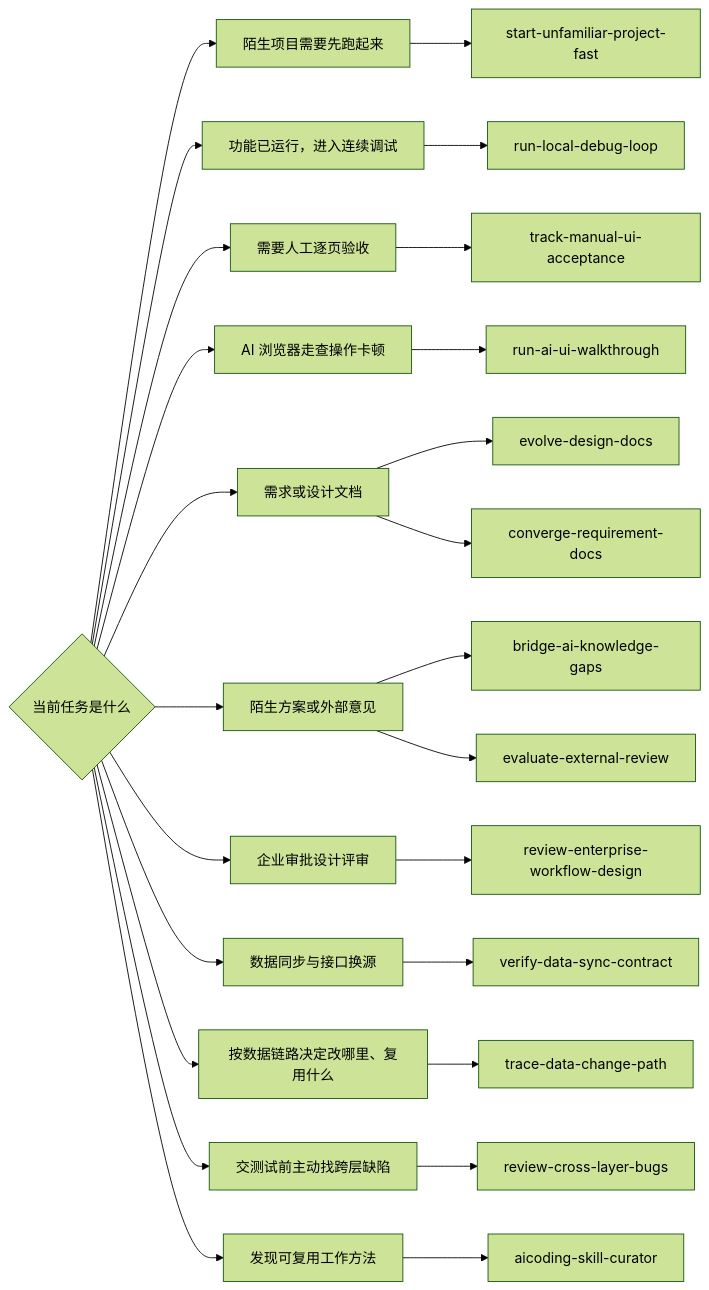
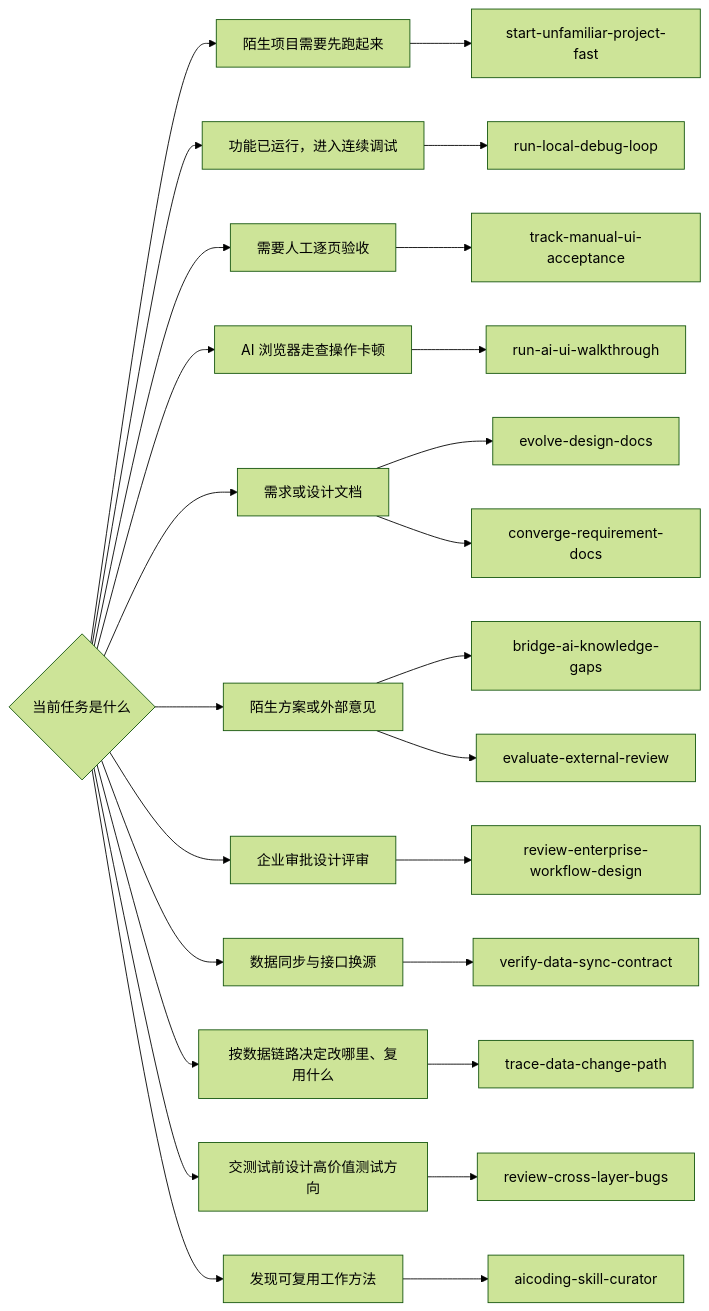
Before and after one commit to KelvinFanXian/aicoding: the diagram in README.md, drawn with Mermaid (forest theme). The commit also changed other lines of this file and 3 other files, not shown here.

````diff
--- a/README.md
+++ b/README.md
@@ -46,28 +46,28 @@
 ```mermaid
 flowchart LR
     Q{当前任务是什么}
     Q --> A[陌生项目需要先跑起来]
     A --> A1[start-unfamiliar-project-fast]
     Q --> B[功能已运行，进入连续调试]
     B --> B1[run-local-debug-loop]
     Q --> C[需要人工逐页验收]
     C --> C1[track-manual-ui-acceptance]
     Q --> C2[AI 浏览器走查操作卡顿]
     C2 --> C3[run-ai-ui-walkthrough]
     Q --> D[需求或设计文档]
     D --> D1[evolve-design-docs]
     D --> D2[converge-requirement-docs]
     Q --> E[陌生方案或外部意见]
     E --> E1[bridge-ai-knowledge-gaps]
     E --> E2[evaluate-external-review]
     Q --> F[企业审批设计评审]
     F --> F1[review-enterprise-workflow-design]
     Q --> H[数据同步与接口换源]
     H --> H1[verify-data-sync-contract]
     Q --> I[按数据链路决定改哪里、复用什么]
     I --> I1[trace-data-change-path]
-    Q --> J[交测试前主动找跨层缺陷]
+    Q --> J[交测试前设计高价值测试方向]
     J --> J1[review-cross-layer-bugs]
     Q --> G[发现可复用工作方法]
     G --> G1[aicoding-skill-curator]
 ```
````
